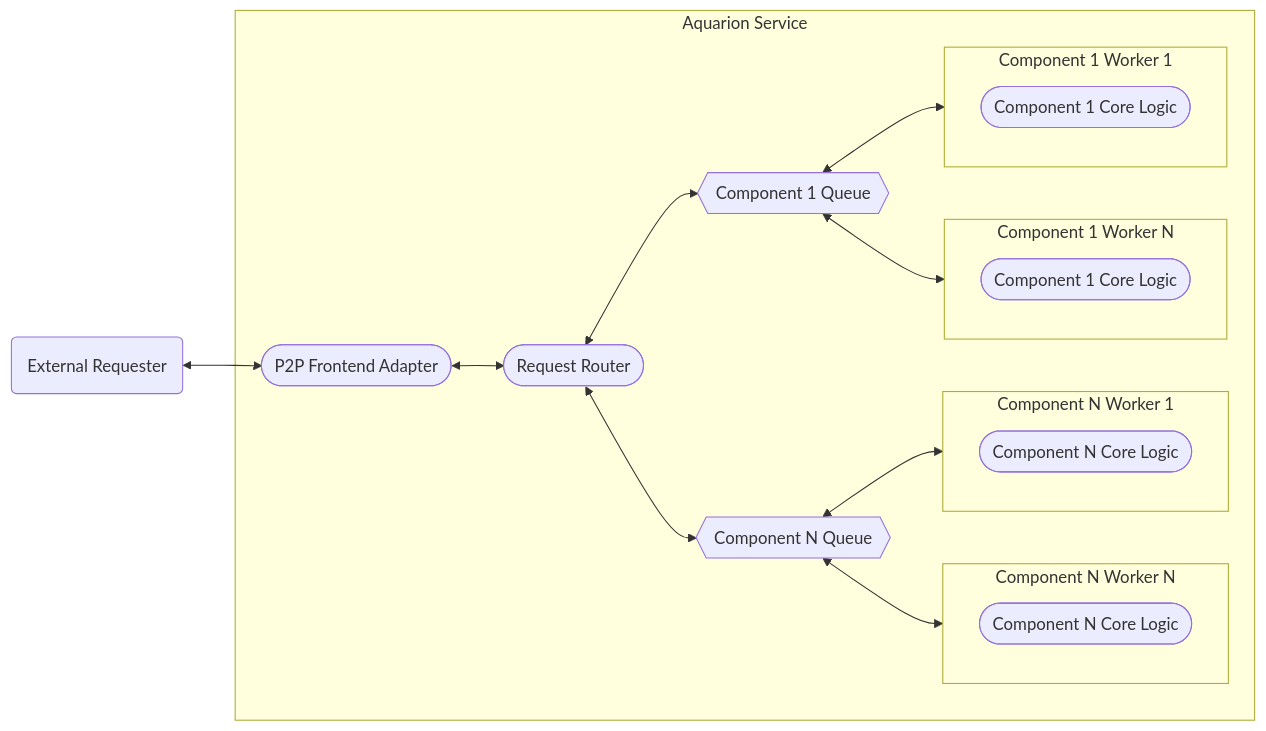
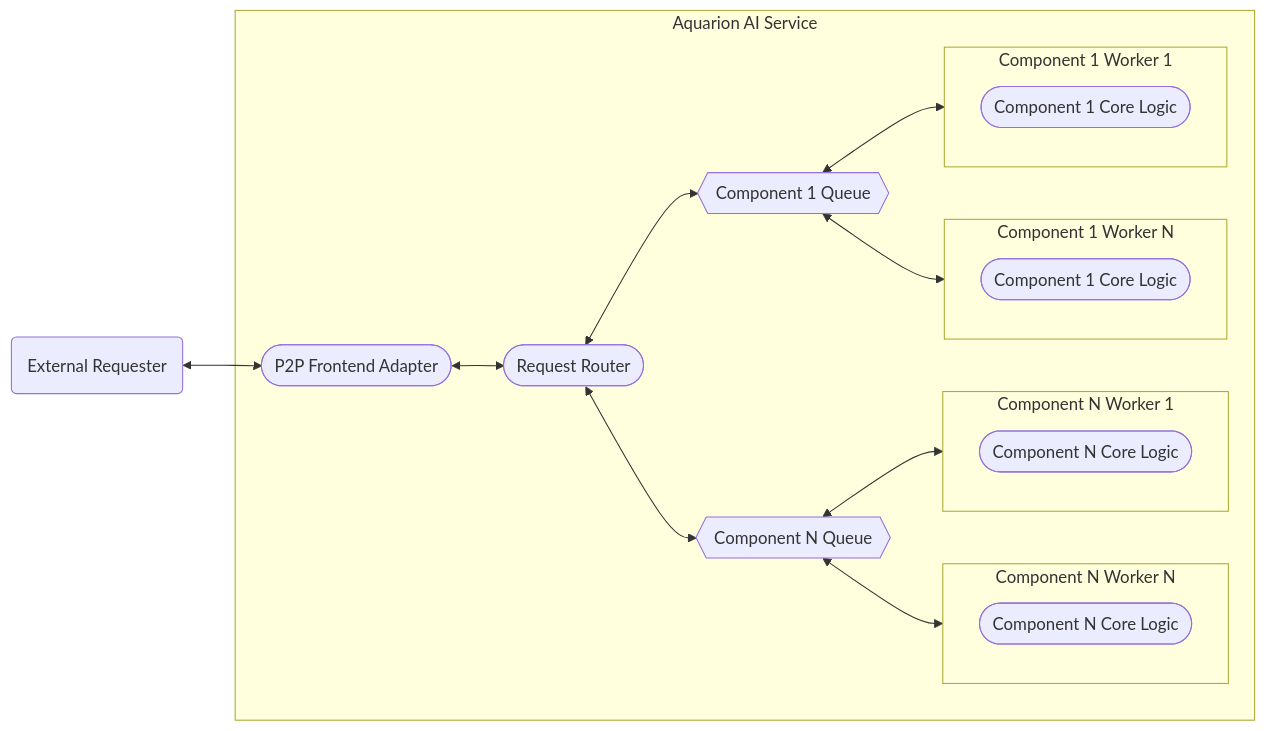
The tenth of 13 diagrams in docs/component_designs.md (aquarion-ai/aquarion-docs), drawn with Mermaid before and after one commit. The commit also changed other lines of this file and 1 other file, not shown here.

````diff
--- a/docs/component_designs.md
+++ b/docs/component_designs.md
@@ -329,35 +331,35 @@
 ```mermaid
 graph LR
 
 req(External Requester)
 
-subgraph service[Aquarion Service]
+subgraph service[Aquarion AI Service]
   front([P2P Frontend Adapter])
   router([Request Router])
   queue_1{{Component 1 Queue}}
   queue_n{{Component N Queue}}
 
   subgraph worker_n_n[Component N Worker N]
     component_n_n([Component N Core Logic])
   end
 
   subgraph worker_n_1[Component N Worker 1]
     component_n_1([Component N Core Logic])
   end
 
   subgraph worker_1_n[Component 1 Worker N]
     component_1_n([Component 1 Core Logic])
   end
 
   subgraph worker_1_1[Component 1 Worker 1]
     component_1_1([Component 1 Core Logic])
   end
 
   front <--> router
   router <--> queue_1 & queue_n
   queue_1 <--> worker_1_1 & worker_1_n
   queue_n <--> worker_n_1 & worker_n_n
 end
 
 req <--> front
 ```
````
